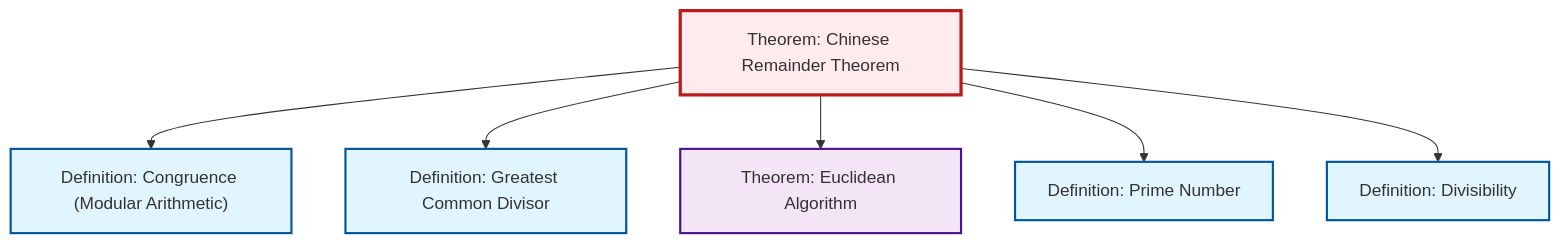
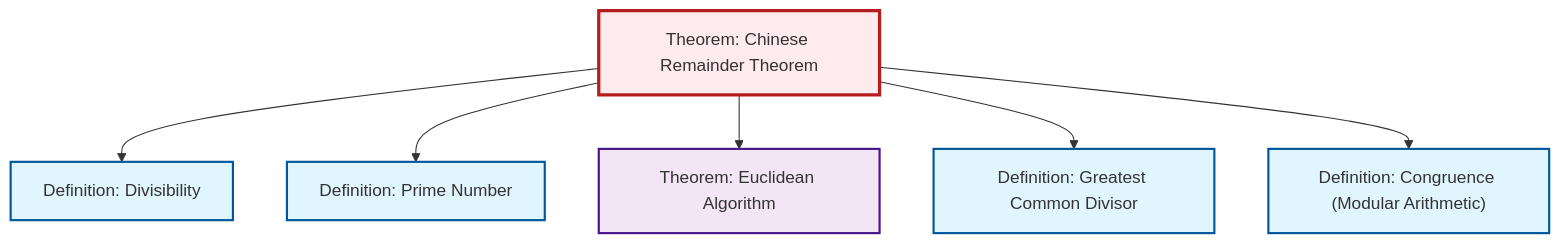
One commit to RK0429/ModernMath changed the diagram in content/ja/number-theory/thm-chinese-remainder.qmd. Above: the diagram before and after it, drawn with Mermaid. The commit also changed other lines of this file and 554 other files, not shown here.

````diff
--- a/content/ja/number-theory/thm-chinese-remainder.qmd
+++ b/content/ja/number-theory/thm-chinese-remainder.qmd
@@ -89,26 +89,26 @@
 ```{mermaid}
 %%| fig-cap: "Local dependency graph"
 graph TD
     classDef definition fill:#e1f5fe,stroke:#01579b,stroke-width:2px
     classDef theorem fill:#f3e5f5,stroke:#4a148c,stroke-width:2px
     classDef axiom fill:#fff3e0,stroke:#e65100,stroke-width:2px
     classDef example fill:#e8f5e9,stroke:#1b5e20,stroke-width:2px
     classDef current fill:#ffebee,stroke:#b71c1c,stroke-width:3px
+    def-prime["Definition: Prime Number"]:::definition
     thm-chinese-remainder["Theorem: Chinese Remainder Theorem"]:::theorem
     def-divisibility["Definition: Divisibility"]:::definition
     def-congruence["Definition: Congruence (Modular Arithmetic)"]:::definition
+    thm-euclidean-algorithm["Theorem: Euclidean Algorithm"]:::theorem
     def-gcd["Definition: Greatest Common Divisor"]:::definition
-    def-prime["Definition: Prime Number"]:::definition
-    thm-euclidean-algorithm["Theorem: Euclidean Algorithm"]:::theorem
+    thm-chinese-remainder --> def-divisibility
+    thm-chinese-remainder --> def-prime
+    thm-chinese-remainder --> thm-euclidean-algorithm
+    thm-chinese-remainder --> def-gcd
     thm-chinese-remainder --> def-congruence
-    thm-chinese-remainder --> def-gcd
-    thm-chinese-remainder --> thm-euclidean-algorithm
-    thm-chinese-remainder --> def-prime
-    thm-chinese-remainder --> def-divisibility
     class thm-chinese-remainder current
+    click def-prime "def-prime.html" "Definition: Prime Numberへ"
     click def-divisibility "def-divisibility.html" "Definition: Divisibilityへ"
     click def-congruence "def-congruence.html" "Definition: Congruence (Modular Arithmetic)へ"
+    click thm-euclidean-algorithm "thm-euclidean-algorithm.html" "Theorem: Euclidean Algorithmへ"
     click def-gcd "def-gcd.html" "Definition: Greatest Common Divisorへ"
-    click def-prime "def-prime.html" "Definition: Prime Numberへ"
-    click thm-euclidean-algorithm "thm-euclidean-algorithm.html" "Theorem: Euclidean Algorithmへ"
 ```
````
